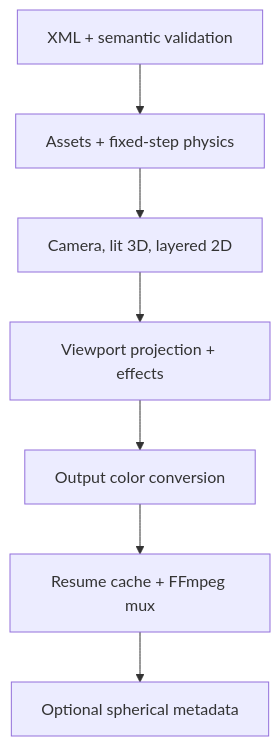
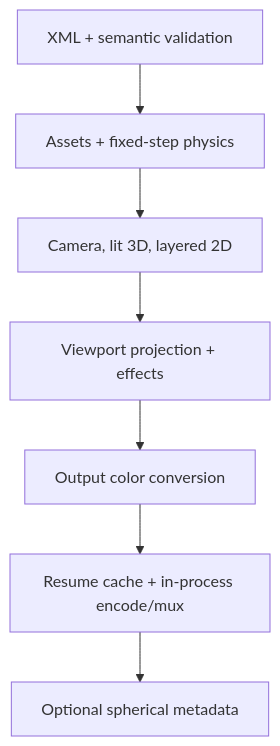
One commit to pedroanisio/scene-render changed the diagram in docs/architecture.md. Above: the diagram before and after it, drawn with Mermaid. The commit also changed other lines of this file and 59 other files, not shown here.

````diff
--- a/docs/architecture.md
+++ b/docs/architecture.md
@@ -61,9 +68,9 @@
 ```mermaid
 flowchart TD
   A["XML + semantic validation"] --> B["Assets + fixed-step physics"]
   B --> C["Camera, lit 3D, layered 2D"]
   C --> D["Viewport projection + effects"]
   D --> E["Output color conversion"]
-  E --> F["Resume cache + FFmpeg mux"]
+  E --> F["Resume cache + in-process encode/mux"]
   F --> G["Optional spherical metadata"]
 ```
````
